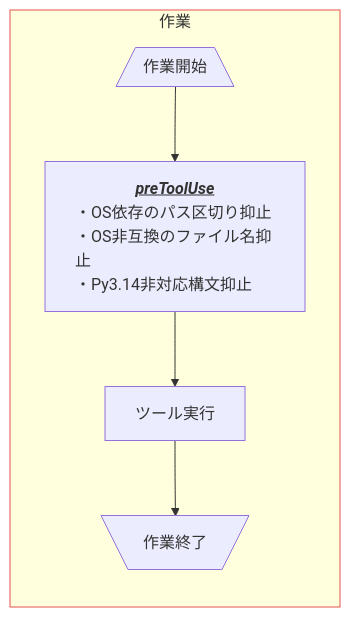
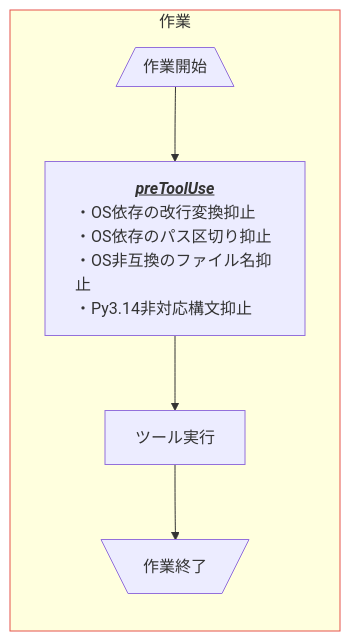
Before and after one commit to Widthdom/GHCAgentRefinement: the diagram in .github/-repo-README.md, drawn with Mermaid. The commit also changed other lines of this file and 5 other files, not shown here.

````diff
--- a/.github/-repo-README.md
+++ b/.github/-repo-README.md
@@ -15,18 +15,18 @@
 ```mermaid
 flowchart LR
 
     LoopStart[/作業開始\]
 
-    preToolUse["<b><i><u>preToolUse</u></i></b><br/><div style='text-align: left'>・OS依存のパス区切り抑止<br/>・OS非互換のファイル名抑止<br/>・Py3.14非対応構文抑止</div>"]
+    preToolUse["<b><i><u>preToolUse</u></i></b><br/><div style='text-align: left'>・OS依存の改行変換抑止<br/>・OS依存のパス区切り抑止<br/>・OS非互換のファイル名抑止<br/>・Py3.14非対応構文抑止</div>"]
 
     runTool["ツール実行"]
 
     LoopEnd[\作業終了/]
 
     subgraph workDetail["作業"]
         direction TB
         LoopStart --> preToolUse --> runTool --> LoopEnd
     end
 
     style workDetail stroke:#e5534b
 ```
````
